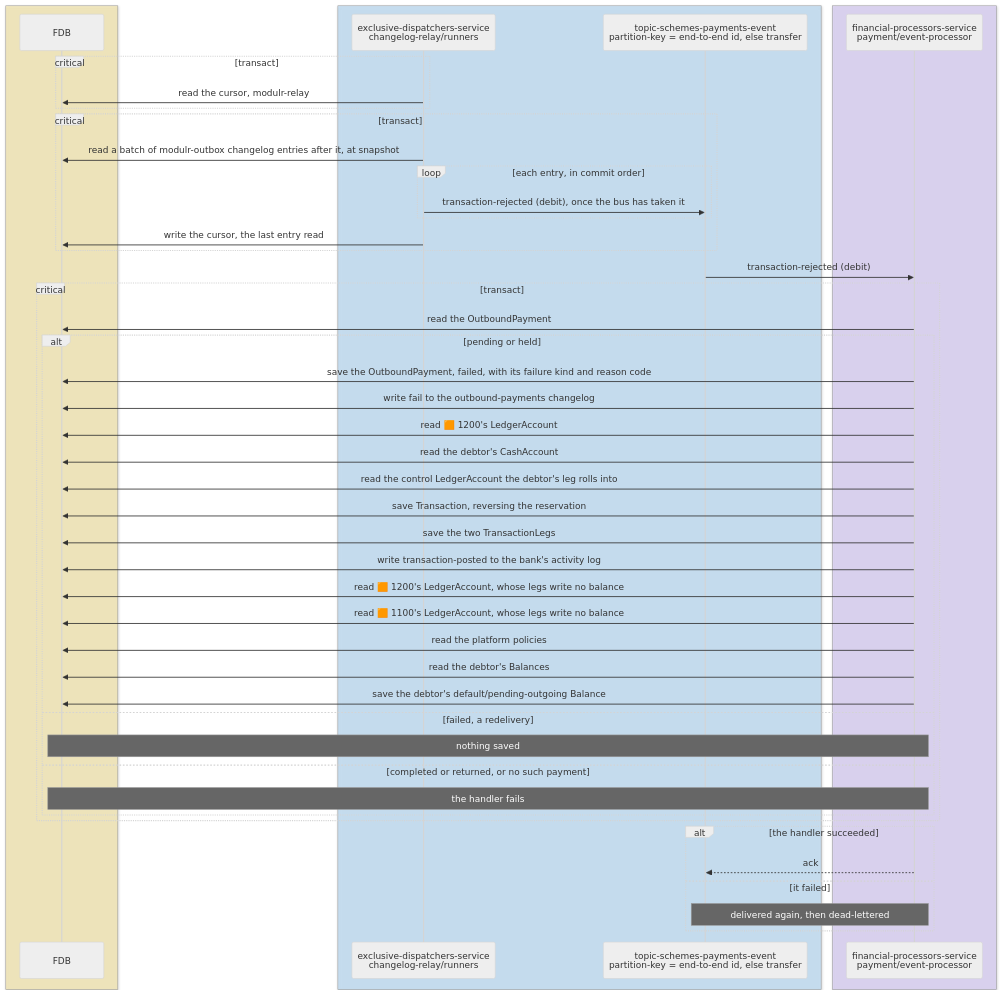
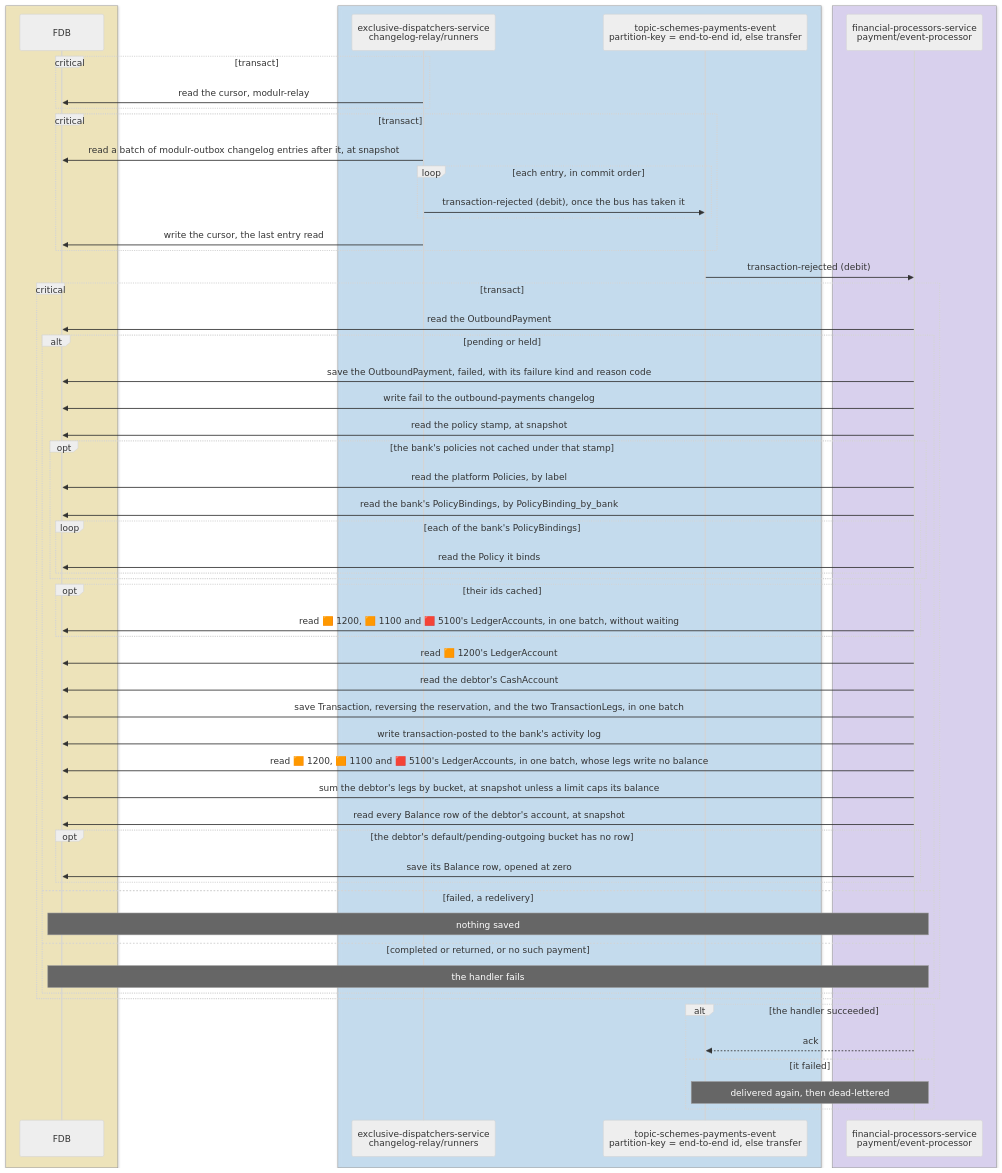
One commit to repldriven/queenswood changed diagram 11 of 15 in docs/tdd/payments-outbound.md. Above: the diagram before and after it, drawn with Mermaid (neutral theme). The commit also changed other lines of this file and 29 other files, not shown here.

````diff
--- a/docs/tdd/payments-outbound.md
+++ b/docs/tdd/payments-outbound.md
@@ -601,51 +673,61 @@
 ```mermaid
 sequenceDiagram
     box rgba(255, 236, 153, 0.5)
     participant DB as FDB
     end
     box rgba(165, 216, 255, 0.45)
     participant OR as exclusive-dispatchers-service<br/>changelog-relay/runners
     participant SE as topic-schemes-payments-event<br/>partition-key = end-to-end id, else transfer
     end
     box rgba(208, 191, 255, 0.45)
     participant PE as financial-processors-service<br/>payment/event-processor
     end
     critical transact
     OR->>DB: read the cursor, modulr-relay
     end
     critical transact
     OR->>DB: read a batch of modulr-outbox changelog entries after it, at snapshot
     loop each entry, in commit order
     OR->>SE: transaction-rejected (debit), once the bus has taken it
     end
     OR->>DB: write the cursor, the last entry read
     end
     SE->>PE: transaction-rejected (debit)
     critical transact
     PE->>DB: read the OutboundPayment
     alt pending or held
     PE->>DB: save the OutboundPayment, failed, with its failure kind and reason code
     PE->>DB: write fail to the outbound-payments changelog
+    PE->>DB: read the policy stamp, at snapshot
+    opt the bank's policies not cached under that stamp
+    PE->>DB: read the platform Policies, by label
+    PE->>DB: read the bank's PolicyBindings, by PolicyBinding_by_bank
+    loop each of the bank's PolicyBindings
+    PE->>DB: read the Policy it binds
+    end
+    end
+    opt their ids cached
+    PE->>DB: read 🟧 1200, 🟧 1100 and 🟥 5100's LedgerAccounts, in one batch, without waiting
+    end
     PE->>DB: read 🟧 1200's LedgerAccount
     PE->>DB: read the debtor's CashAccount
-    PE->>DB: read the control LedgerAccount the debtor's leg rolls into
-    PE->>DB: save Transaction, reversing the reservation
-    PE->>DB: save the two TransactionLegs
+    PE->>DB: save Transaction, reversing the reservation, and the two TransactionLegs, in one batch
     PE->>DB: write transaction-posted to the bank's activity log
-    PE->>DB: read 🟧 1200's LedgerAccount, whose legs write no balance
-    PE->>DB: read 🟧 1100's LedgerAccount, whose legs write no balance
-    PE->>DB: read the platform policies
-    PE->>DB: read the debtor's Balances
-    PE->>DB: save the debtor's default/pending-outgoing Balance
+    PE->>DB: read 🟧 1200, 🟧 1100 and 🟥 5100's LedgerAccounts, in one batch, whose legs write no balance
+    PE->>DB: sum the debtor's legs by bucket, at snapshot unless a limit caps its balance
+    PE->>DB: read every Balance row of the debtor's account, at snapshot
+    opt the debtor's default/pending-outgoing bucket has no row
+    PE->>DB: save its Balance row, opened at zero
+    end
     else failed, a redelivery
     Note over PE,DB: nothing saved
     else completed or returned, or no such payment
     Note over PE,DB: the handler fails
     end
     end
     alt the handler succeeded
     PE-->>SE: ack
     else it failed
     Note over PE,SE: delivered again, then dead-lettered
     end
 ```
````
